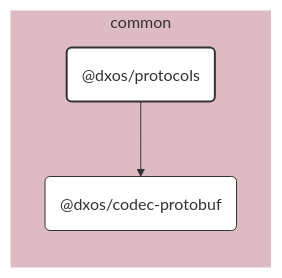
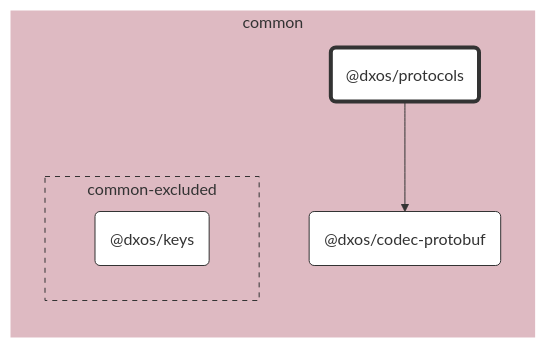
The diagram in packages/common/protocols/docs/README.md (dxos/dxos), drawn with Mermaid before and after one commit. The commit also changed other lines of this file and 683 other files, not shown here.

````diff
--- a/packages/common/protocols/docs/README.md
+++ b/packages/common/protocols/docs/README.md
@@ -7,29 +7,29 @@
 ```mermaid
 %%{ init: {'flowchart':{'curve':'basis'}} }%%
 
 flowchart LR
 
-%% Links
-dxos/protocols --> dxos/codec-protobuf;
+%% Classes
+classDef def fill:#fff,stroke:#333,stroke-width:1px
+classDef root fill:#fff,stroke:#333,stroke-width:4px
 
-%% Sections
-subgraph common
-  style common fill:#debac2,stroke:#fff;
+%% Nodes
 
-  dxos/codec-protobuf("@dxos/codec-protobuf")
-  dxos/protocols("@dxos/protocols")
+subgraph common [common]
+  style common fill:#debac2,stroke:#fff
+  dxos/protocols("@dxos/protocols"):::root
+  click dxos/protocols "dxos/dxos/tree/main/packages/common/protocols/docs"
+  dxos/codec-protobuf("@dxos/codec-protobuf"):::def
+  click dxos/codec-protobuf "dxos/dxos/tree/main/packages/common/codec-protobuf/docs"
+
+  subgraph common-excluded [common-excluded]
+    style common-excluded fill:#debac2,stroke:#333,stroke-dasharray:5 5
+    dxos/keys("@dxos/keys"):::def
+    click dxos/keys "dxos/dxos/tree/main/packages/common/keys/docs"
+  end
 end
 
-
-%% Hyperlinks
-click dxos/codec-protobuf "dxos/dxos/tree/main/packages/common/codec-protobuf/docs";
-
-%% Styles
-classDef rootNode fill:#fff,stroke:#333,stroke-width:2px
-classDef defaultNode fill:#fff,stroke:#333,stroke-width:1px
+%% Links
 linkStyle default stroke:#333,stroke-width:1px
-
-dxos/protocols:::rootNode
-
-dxos/codec-protobuf:::defaultNode
+dxos/protocols --> dxos/codec-protobuf
 ```
````
